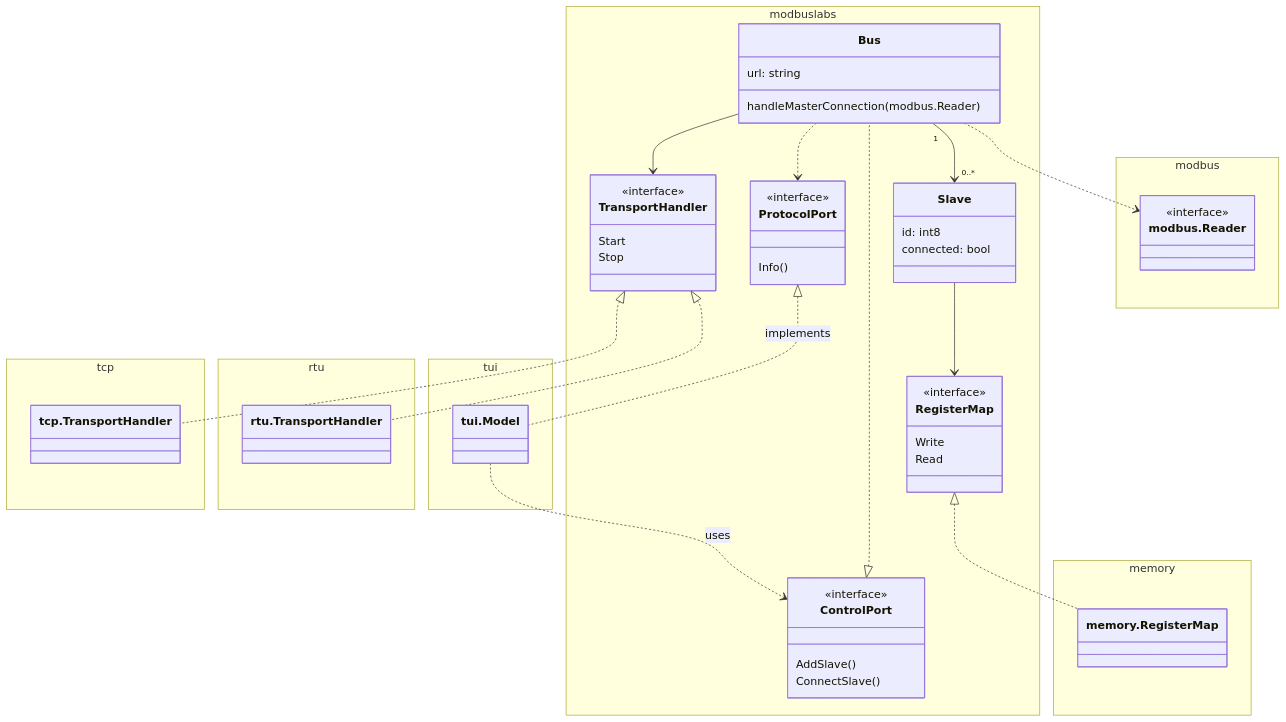
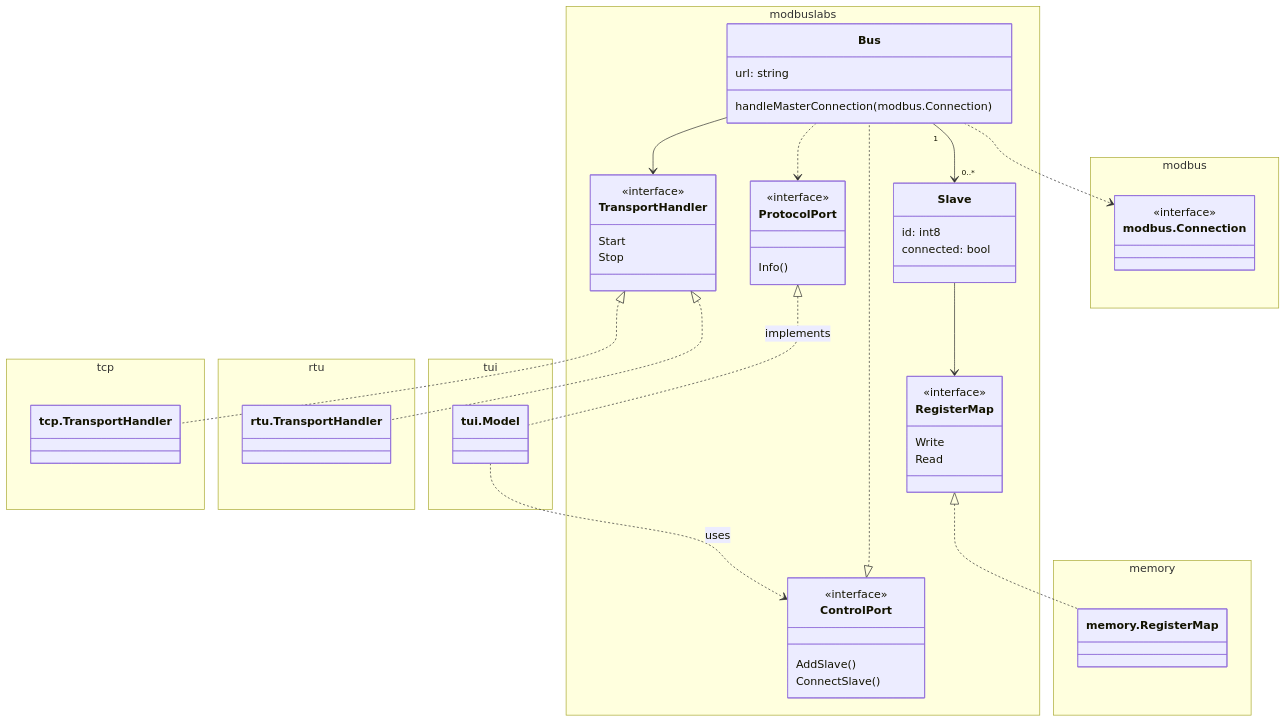
One commit to rwirdemann/modbuslabs changed the diagram in docs/slavesim.mmd. Above: the diagram before and after it, drawn with Mermaid. The commit also changed 6 other files, not shown here.

```diff
--- a/docs/slavesim.mmd
+++ b/docs/slavesim.mmd
@@ -1,73 +1,73 @@
 %%| deviceScaleFactor: 4
 classDiagram
     namespace tcp {
         class tcp.TransportHandler
     }
 
     namespace rtu {
         class rtu.TransportHandler
     }
 
     namespace modbuslabs {
         class Bus {
             url: string
-            handleMasterConnection(modbus.Reader)
+            handleMasterConnection(modbus.Connection)
         }
 
         class Slave {
             id: int8
             connected: bool
         }
         class RegisterMap {
             <<interface>>
             Write
             Read
         }
         class TransportHandler{
             <<interface>>
             Start
             Stop
         }
 
         class ControlPort {
             <<interface>>
             AddSlave()
             ConnectSlave()
         }
 
         class ProtocolPort {
             <<interface>>
             Info()
         }
     }
 
 
     namespace modbus {
-        class modbus.Reader {
+        class modbus.Connection {
             <<interface>>
         }
     }
 
     namespace tui {
         class tui.Model
     }
 
     namespace memory {
         class memory.RegisterMap
     }
 
     TransportHandler <|.. tcp.TransportHandler
     TransportHandler <|.. rtu.TransportHandler
 
     Bus "1" --> "0..*" Slave
     ControlPort <|.. Bus
     Bus ..> ProtocolPort
-    Bus ..> modbus.Reader
+    Bus ..> modbus.Connection
     Bus --> TransportHandler
     Slave --> RegisterMap
 
 
     tui.Model ..> ControlPort : uses
     ProtocolPort <|.. tui.Model : implements
 
     RegisterMap <|.. memory.RegisterMap
```
